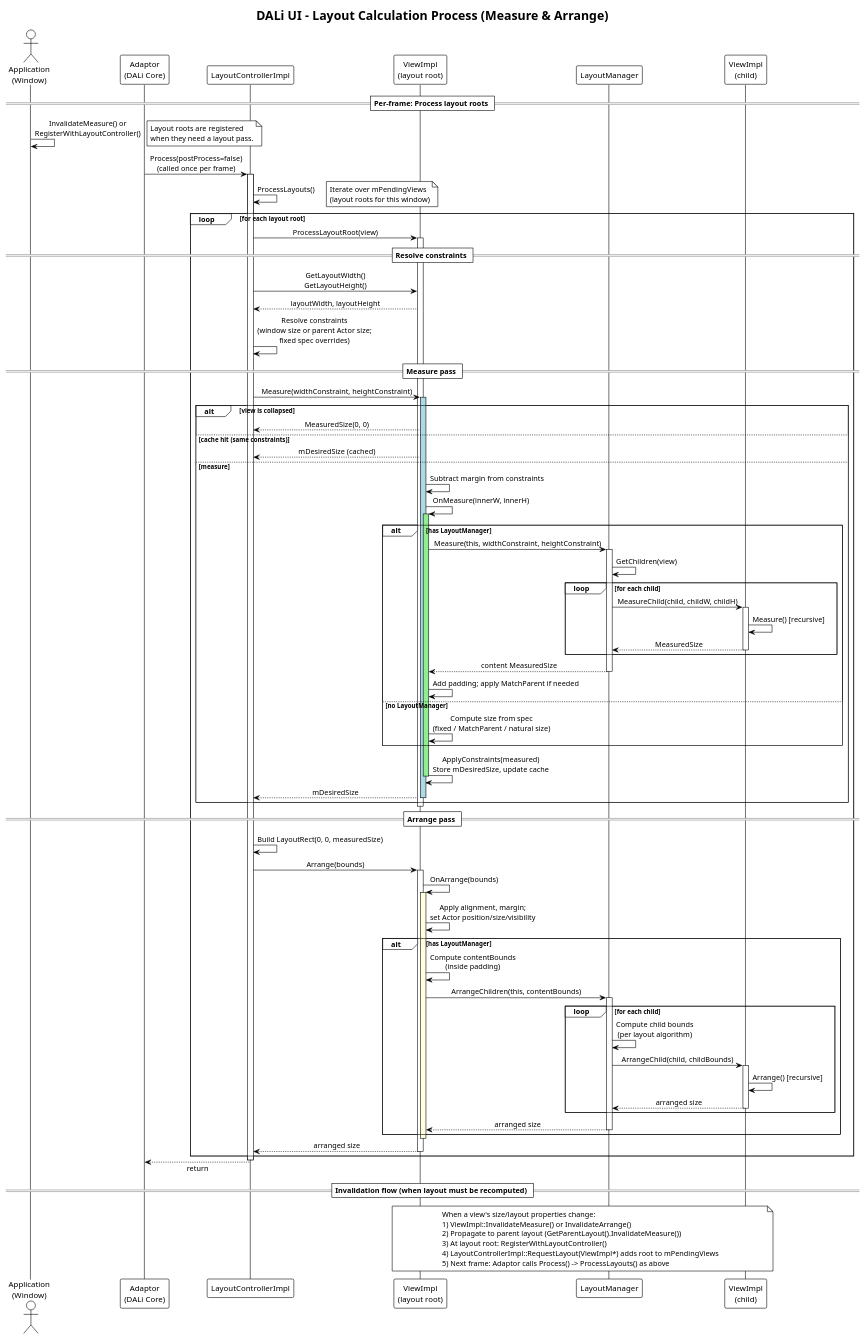
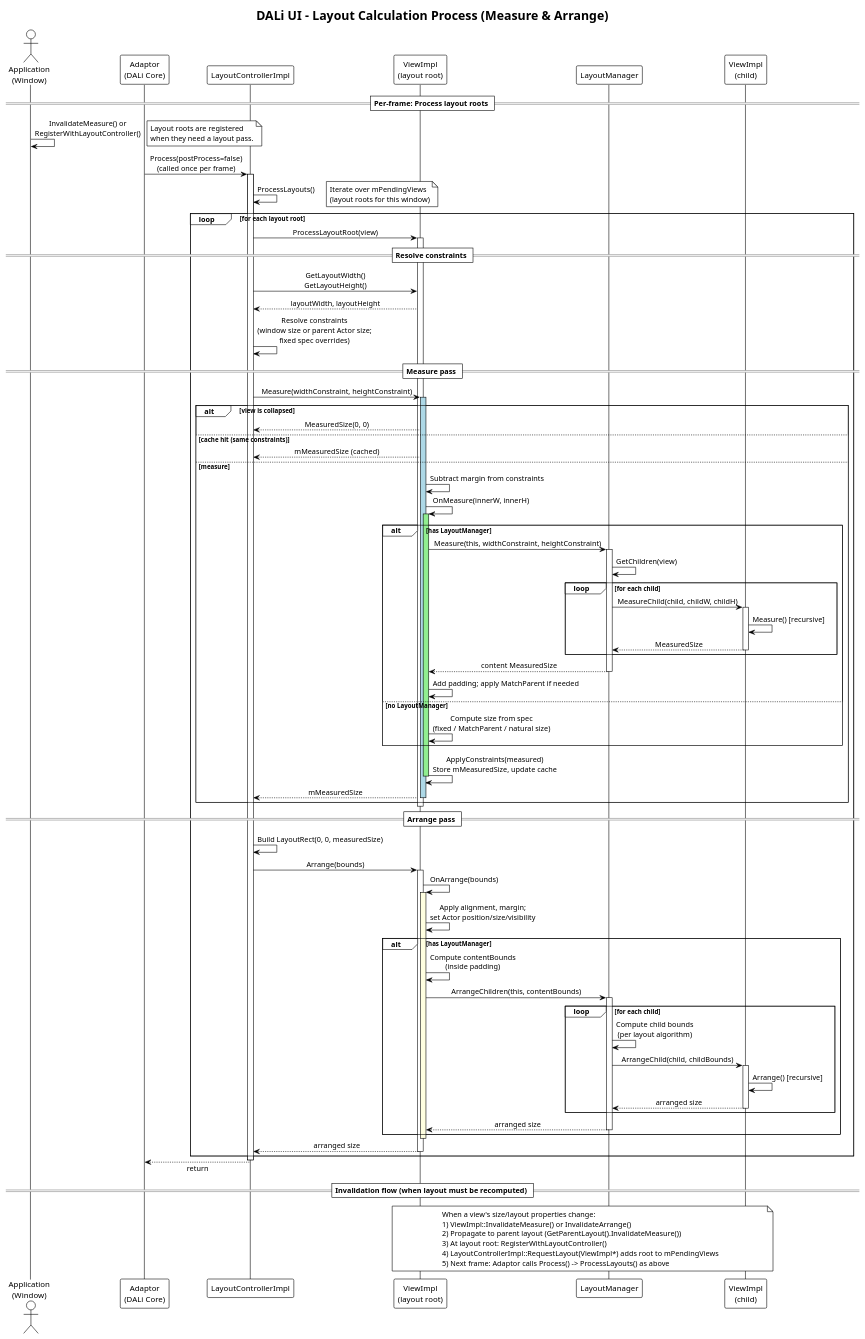
The diagram in docs/layout-sequence-diagram.puml (dalihub/dali-ui), drawn with PlantUML before and after one commit. The commit also changed 53 other files, not shown here.

```diff
--- a/docs/layout-sequence-diagram.puml
+++ b/docs/layout-sequence-diagram.puml
@@ -1,116 +1,116 @@
 @startuml layout-calculation-sequence
 !theme plain
 title DALi UI - Layout Calculation Process (Measure & Arrange)
 
 ' Public API: only Layout has AddView/Contents; Measure/Arrange are invoked by the layout system.
 ' This sequence shows the internal flow (ViewImpl, LayoutManager).
 
 skinparam sequenceMessageAlign center
 skinparam responseMessageBelowArrow true
 
 actor "Application\n(Window)" as App
 participant "Adaptor\n(DALi Core)" as Adaptor
 participant "LayoutControllerImpl" as LC
 participant "ViewImpl\n(layout root)" as Root
 participant "LayoutManager" as LM
 participant "ViewImpl\n(child)" as Child
 
 == Per-frame: Process layout roots ==
 App -> App : InvalidateMeasure() or\nRegisterWithLayoutController()
 note right: Layout roots are registered\nwhen they need a layout pass.
 
 Adaptor -> LC : Process(postProcess=false)\n(called once per frame)
 activate LC
 
 LC -> LC : ProcessLayouts()
 note right: Iterate over mPendingViews\n(layout roots for this window)
 
 loop for each layout root
   LC -> Root : ProcessLayoutRoot(view)
   activate Root
 
   == Resolve constraints ==
   LC -> Root : GetLayoutWidth()\nGetLayoutHeight()
   Root --> LC : layoutWidth, layoutHeight
   LC -> LC : Resolve constraints\n(window size or parent Actor size;\nfixed spec overrides)
 
   == Measure pass ==
   LC -> Root : Measure(widthConstraint, heightConstraint)
   activate Root #LightBlue
 
   alt view is collapsed
     Root --> LC : MeasuredSize(0, 0)
   else cache hit (same constraints)
-    Root --> LC : mDesiredSize (cached)
+    Root --> LC : mMeasuredSize (cached)
   else measure
     Root -> Root : Subtract margin from constraints
     Root -> Root : OnMeasure(innerW, innerH)
     activate Root #LightGreen
 
     alt has LayoutManager
       Root -> LM : Measure(this, widthConstraint, heightConstraint)
       activate LM
       LM -> LM : GetChildren(view)
       loop for each child
         LM -> Child : MeasureChild(child, childW, childH)
         activate Child
         Child -> Child : Measure() [recursive]
         Child --> LM : MeasuredSize
         deactivate Child
       end
       LM --> Root : content MeasuredSize
       deactivate LM
       Root -> Root : Add padding; apply MatchParent if needed
     else no LayoutManager
       Root -> Root : Compute size from spec\n(fixed / MatchParent / natural size)
     end
-    Root -> Root : ApplyConstraints(measured)\nStore mDesiredSize, update cache
+    Root -> Root : ApplyConstraints(measured)\nStore mMeasuredSize, update cache
     deactivate Root
-    Root --> LC : mDesiredSize
+    Root --> LC : mMeasuredSize
     deactivate Root
   end
   deactivate Root
 
   == Arrange pass ==
   LC -> LC : Build LayoutRect(0, 0, measuredSize)
   LC -> Root : Arrange(bounds)
   activate Root
 
   Root -> Root : OnArrange(bounds)
   activate Root #LightYellow
   Root -> Root : Apply alignment, margin;\nset Actor position/size/visibility
 
   alt has LayoutManager
     Root -> Root : Compute contentBounds\n(inside padding)
     Root -> LM : ArrangeChildren(this, contentBounds)
     activate LM
     loop for each child
       LM -> LM : Compute child bounds\n(per layout algorithm)
       LM -> Child : ArrangeChild(child, childBounds)
       activate Child
       Child -> Child : Arrange() [recursive]
       Child --> LM : arranged size
       deactivate Child
     end
     LM --> Root : arranged size
     deactivate LM
   end
   deactivate Root
   Root --> LC : arranged size
   deactivate Root
 
 end
 deactivate LC
 Adaptor <-- LC : return
 
 == Invalidation flow (when layout must be recomputed) ==
 note over Root, Child
   When a view's size/layout properties change:
   1) ViewImpl::InvalidateMeasure() or InvalidateArrange()
   2) Propagate to parent layout (GetParentLayout().InvalidateMeasure())
   3) At layout root: RegisterWithLayoutController()
   4) LayoutControllerImpl::RequestLayout(ViewImpl*) adds root to mPendingViews
   5) Next frame: Adaptor calls Process() -> ProcessLayouts() as above
 end note
 
 @enduml
```
